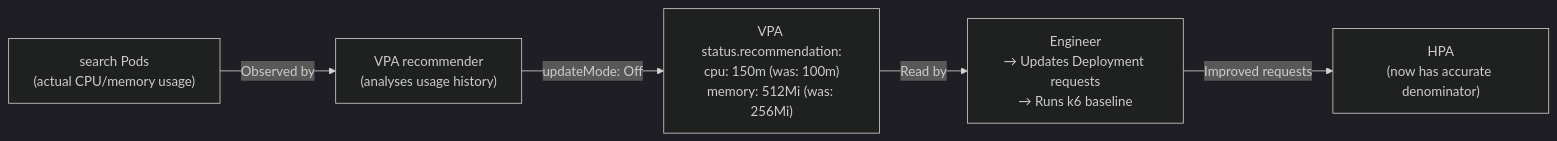
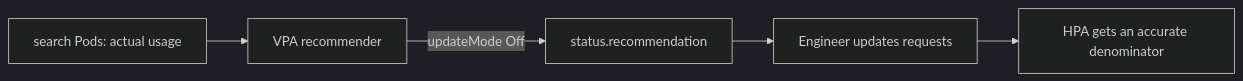
The first of 2 diagrams in docs/learn/scaling/vpa-and-capacity.md (darshan-raul/apollo11-docs), drawn with Mermaid (dark theme) before and after one commit. The commit also changed other lines of this file and 55 other files, not shown here.

````diff
--- a/docs/learn/scaling/vpa-and-capacity.md
+++ b/docs/learn/scaling/vpa-and-capacity.md
@@ -16,7 +21,4 @@
-~~~mermaid
+```mermaid
 flowchart LR
-  Pods["search Pods\n(actual CPU/memory usage)"] -->|Observed by| VPA["VPA recommender\n(analyses usage history)"]
-  VPA -->|"updateMode: Off"| Rec["VPA status.recommendation:\ncpu: 150m (was: 100m)\nmemory: 512Mi (was: 256Mi)"]
-  Rec -->|Read by| Engineer["Engineer\n→ Updates Deployment requests\n→ Runs k6 baseline"]
-  Engineer -->|Improved requests| HPA["HPA\n(now has accurate denominator)"]
-~~~
+  U[search Pods: actual usage] --> V[VPA recommender] -->|updateMode Off| Rec[status.recommendation] --> Eng[Engineer updates requests] --> HPA[HPA gets an accurate denominator]
+```
````
